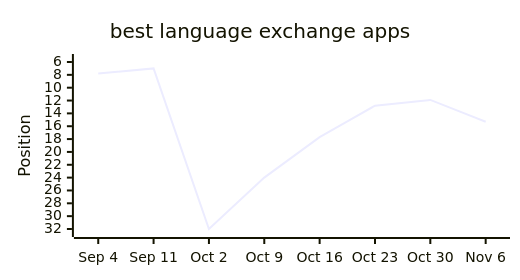
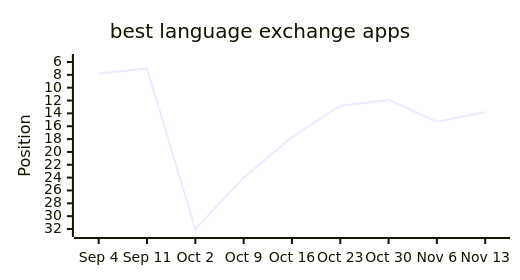
One commit to langx/website changed the eighth of 13 diagrams in latest.md. Above: the diagram before and after it, drawn with Mermaid. The commit also changed other lines of this file and 2 other files, not shown here.

````diff
--- a/latest.md
+++ b/latest.md
@@ -122,13 +122,13 @@
 ```mermaid
 ---
 config:
   xyChart:
     width: 500
     height: 260
 ---
 xychart-beta
   title "best language exchange apps"
-  x-axis ["Sep 4", "Sep 11", "Oct 2", "Oct 9", "Oct 16", "Oct 23", "Oct 30", "Nov 6"]
+  x-axis ["Sep 4", "Sep 11", "Oct 2", "Oct 9", "Oct 16", "Oct 23", "Oct 30", "Nov 6", "Nov 13"]
   y-axis "Position" 32 --> 6
-  line [7.8, 7, 32, 24, 17.7, 12.8, 11.9, 15.3]
+  line [7.8, 7, 32, 24, 17.7, 12.8, 11.9, 15.3, 13.8]
 ```
````
